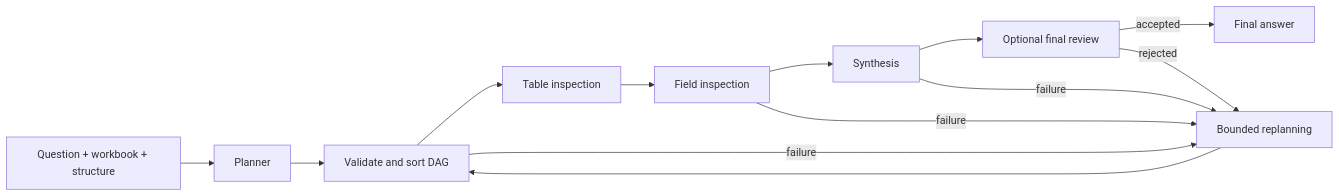
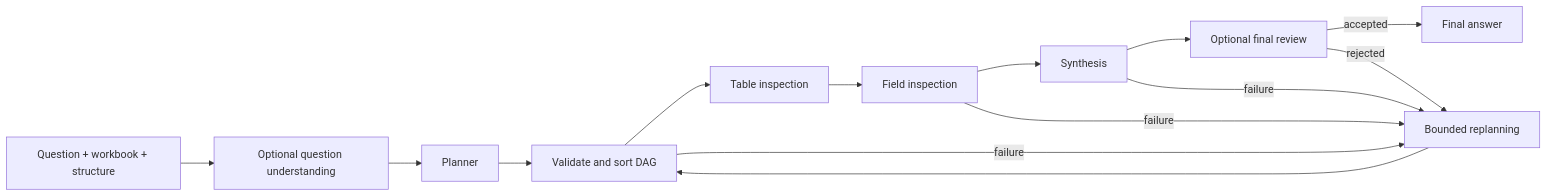
Before and after one commit to HmmOrange/TableAgent: the diagram in TableAgent/stages/qa/PIPELINE.md, drawn with Mermaid. The commit also changed other lines of this file and 11 other files, not shown here.

Commit message:
Add QA question understanding stage

````diff
--- a/TableAgent/stages/qa/PIPELINE.md
+++ b/TableAgent/stages/qa/PIPELINE.md
@@ -21,15 +21,16 @@
 ```mermaid
 flowchart LR
-    A[Question + workbook + structure] --> B[Planner]
+    A[Question + workbook + structure] --> U[Optional question understanding]
+    U --> B[Planner]
     B --> C[Validate and sort DAG]
     C --> D[Table inspection]
     D --> E[Field inspection]
     E --> F[Synthesis]
     F --> G[Optional final review]
     G -->|accepted| H[Final answer]
     C -->|failure| I[Bounded replanning]
     E -->|failure| I
     F -->|failure| I
     G -->|rejected| I
     I --> C
 ```
````
